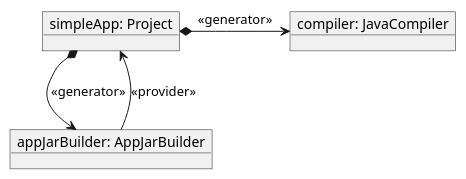
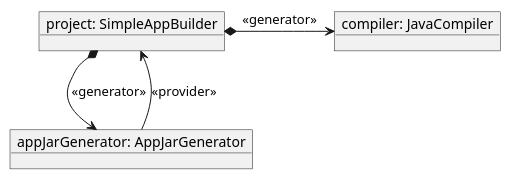
Before and after one commit to mnlipp/JDrupes-Builder: the third of 4 diagrams in overview.md, drawn with PlantUML. The commit also changed other lines of this file and 3 other files, not shown here.

```diff
--- a/overview.md
+++ b/overview.md
@@ -65,8 +99,8 @@
 @startuml simple-appjar-project.svg
-object "simpleApp: Project" as project
+object "project: SimpleAppBuilder" as project
 object "compiler: JavaCompiler" as compiler
-object "appJarBuilder: AppJarBuilder" as appJarBuilder
+object "appJarGenerator: AppJarGenerator" as appJarGenerator
 project *-right-> compiler : <<generator>>
-project *--> appJarBuilder : <<generator>>
-appJarBuilder --> project : <<provider>>
+project *--> appJarGenerator : <<generator>>
+appJarGenerator --> project : <<provider>>
 @enduml
```
